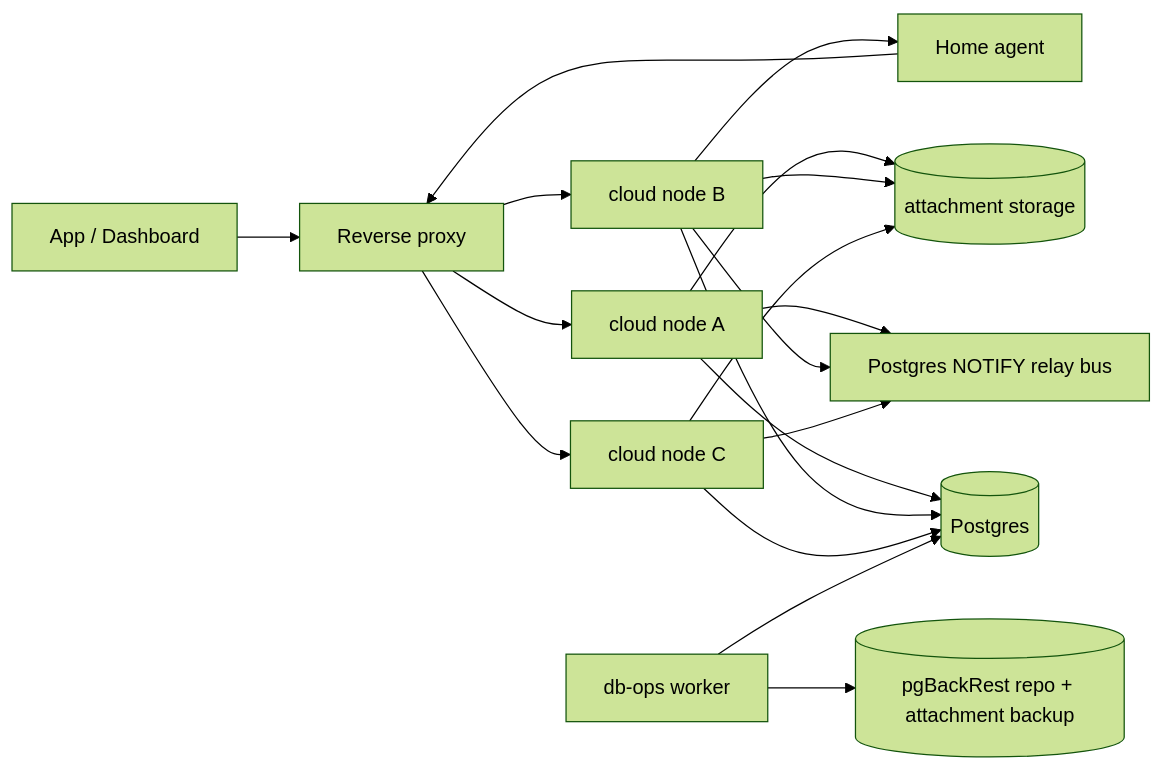
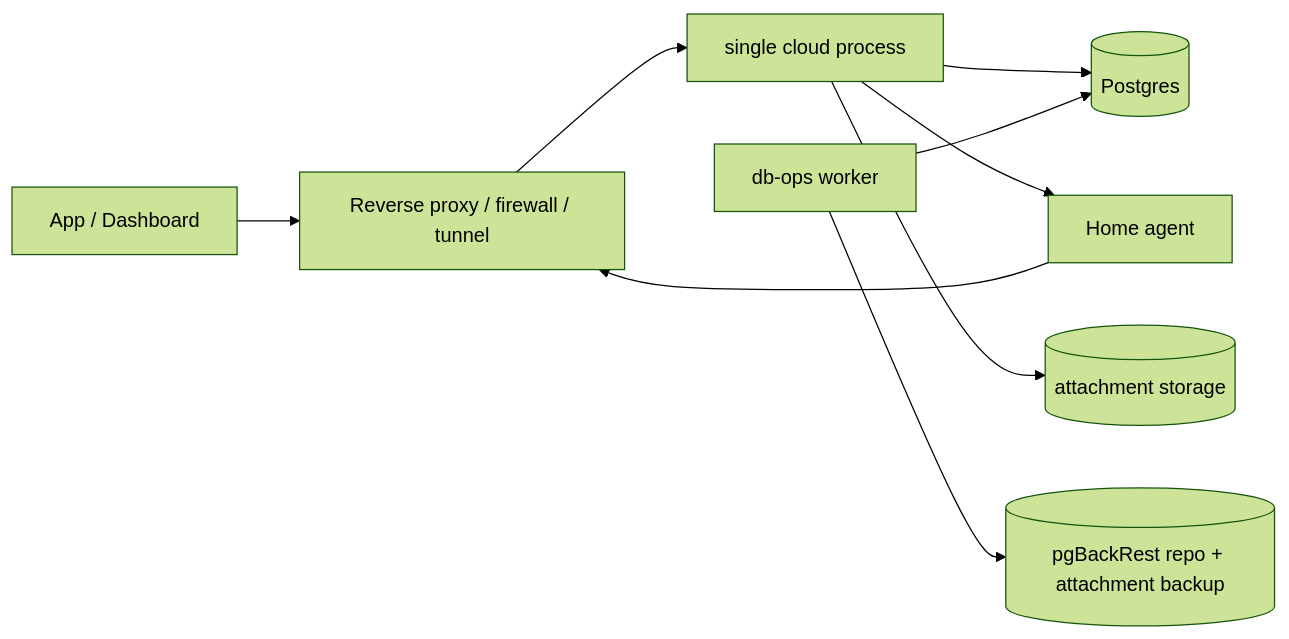
One commit to AaronCampbellit/HankServerside changed the diagram in docs/backend-production-repair-plan.md. Above: the diagram before and after it, drawn with Mermaid (forest theme). The commit also changed other lines of this file, not shown here.

Commit message:
Align readiness plan with single-home deployments

````diff
--- a/docs/backend-production-repair-plan.md
+++ b/docs/backend-production-repair-plan.md
@@ -70,20 +73,11 @@
 ```mermaid
 flowchart LR
-  App[App / Dashboard] --> LB[Reverse proxy]
-  LB --> CloudA[cloud node A]
-  LB --> CloudB[cloud node B]
-  LB --> CloudC[cloud node C]
-  CloudA --> DB[(Postgres)]
-  CloudB --> DB
-  CloudC --> DB
-  CloudA --> Bus[Postgres NOTIFY relay bus]
-  CloudB --> Bus
-  CloudC --> Bus
-  Agent[Home agent] --> LB
-  CloudB --> Agent
-  CloudA --> Attach[(attachment storage)]
-  CloudB --> Attach
-  CloudC --> Attach
+  App[App / Dashboard] --> Edge[Reverse proxy / firewall / tunnel]
+  Edge --> Cloud[single cloud process]
+  Cloud --> DB[(Postgres)]
+  Agent[Home agent] --> Edge
+  Cloud --> Agent
+  Cloud --> Attach[(attachment storage)]
   DBOps[db-ops worker] --> DB
   DBOps --> Backups[(pgBackRest repo + attachment backup)]
 ```
````
